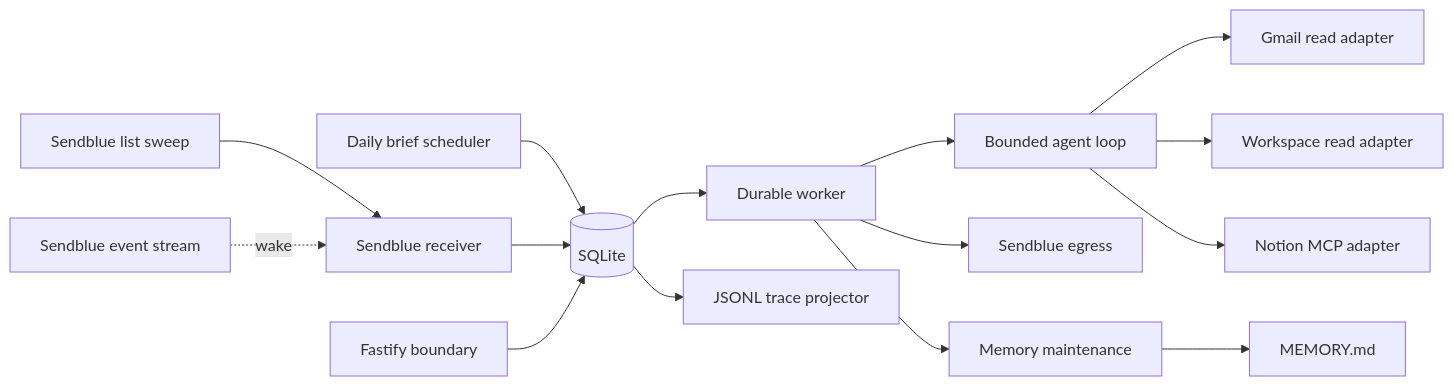
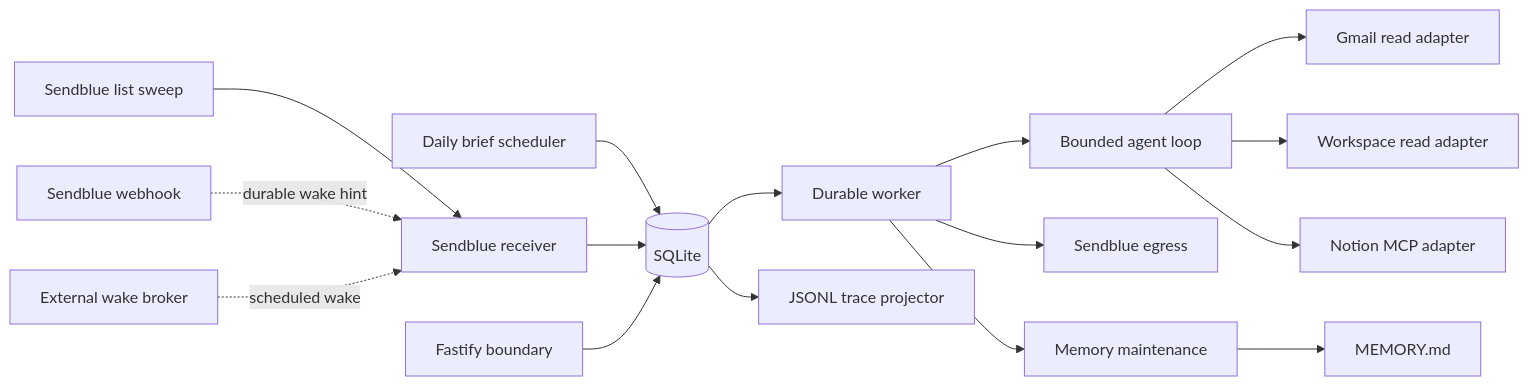
One commit to bgar324/annie changed the diagram in docs/architecture.md. Above: the diagram before and after it, drawn with Mermaid. The commit also changed other lines of this file and 25 other files, not shown here.

First line of the commit message:
Wake Annie from durable webhook hints and scheduled alarms

````diff
--- a/docs/architecture.md
+++ b/docs/architecture.md
@@ -23,17 +23,18 @@
 ```mermaid
 flowchart LR
   S[Sendblue list sweep] --> R[Sendblue receiver]
-  X[Sendblue event stream] -. wake .-> R
+  X[Sendblue webhook] -. durable wake hint .-> R
+  C[External wake broker] -. scheduled wake .-> R
   B[Daily brief scheduler] --> D
   R --> D[(SQLite)]
   D --> W[Durable worker]
   W --> A[Bounded agent loop]
   A --> G[Gmail read adapter]
   A --> GW[Workspace read adapter]
   A --> N[Notion MCP adapter]
   W --> E[Sendblue egress]
   W --> MM[Memory maintenance]
   MM --> F[MEMORY.md]
   D --> T[JSONL trace projector]
   H[Fastify boundary] --> D
 ```
````
